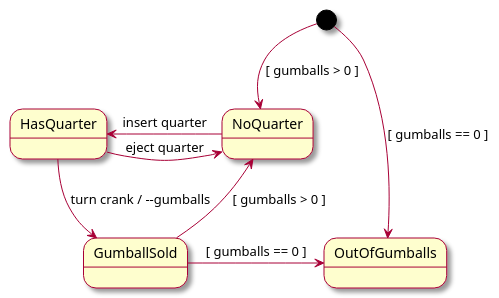
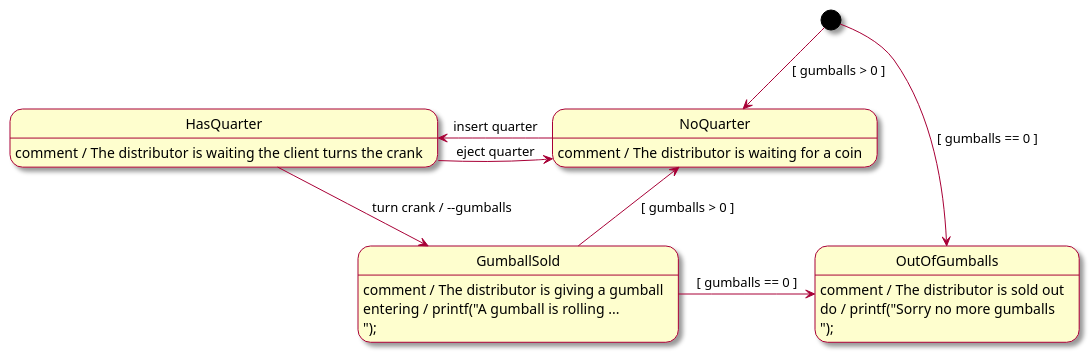
Before and after one commit to Lecrapouille/PlantUMLStatecharts: the diagram in examples/Gumball.plantuml, drawn with PlantUML. The commit also changed 10 other files, not shown here.

```diff
--- a/examples/Gumball.plantuml
+++ b/examples/Gumball.plantuml
@@ -1,17 +1,26 @@
 @startuml
 skin rose
 
-'[code] private:
-'[code]     int gumballs;
-'[init]     gumballs = 1;
+'[brief] Simulate a gumball distributor.
+'[header] #include <stdio.h>
+'[param] int count
+'[cons] gumballs(count)
+'[code] int gumballs;
+'[test] MockGumballController() : GumballController(1) {}
 
-' FIXME Passer gumballs en constructor + HasQuarter or NoQuarter
 [*] --> NoQuarter : [ gumballs > 0 ]
 [*] --> OutOfGumballs : [ gumballs == 0 ]
 NoQuarter -> HasQuarter : insert quarter
 HasQuarter -> NoQuarter : eject quarter
 HasQuarter --> GumballSold : turn crank / --gumballs
 GumballSold -> NoQuarter : [ gumballs > 0 ]
 GumballSold -> OutOfGumballs : [ gumballs == 0 ]
 
+NoQuarter : comment / The distributor is waiting for a coin
+HasQuarter: comment / The distributor is waiting the client turns the crank
+GumballSold : comment / The distributor is giving a gumball
+GumballSold : entering / printf("A gumball is rolling ...\n");
+OutOfGumballs : comment / The distributor is sold out
+OutOfGumballs : do / printf("Sorry no more gumballs\n");
+
 @enduml
```
